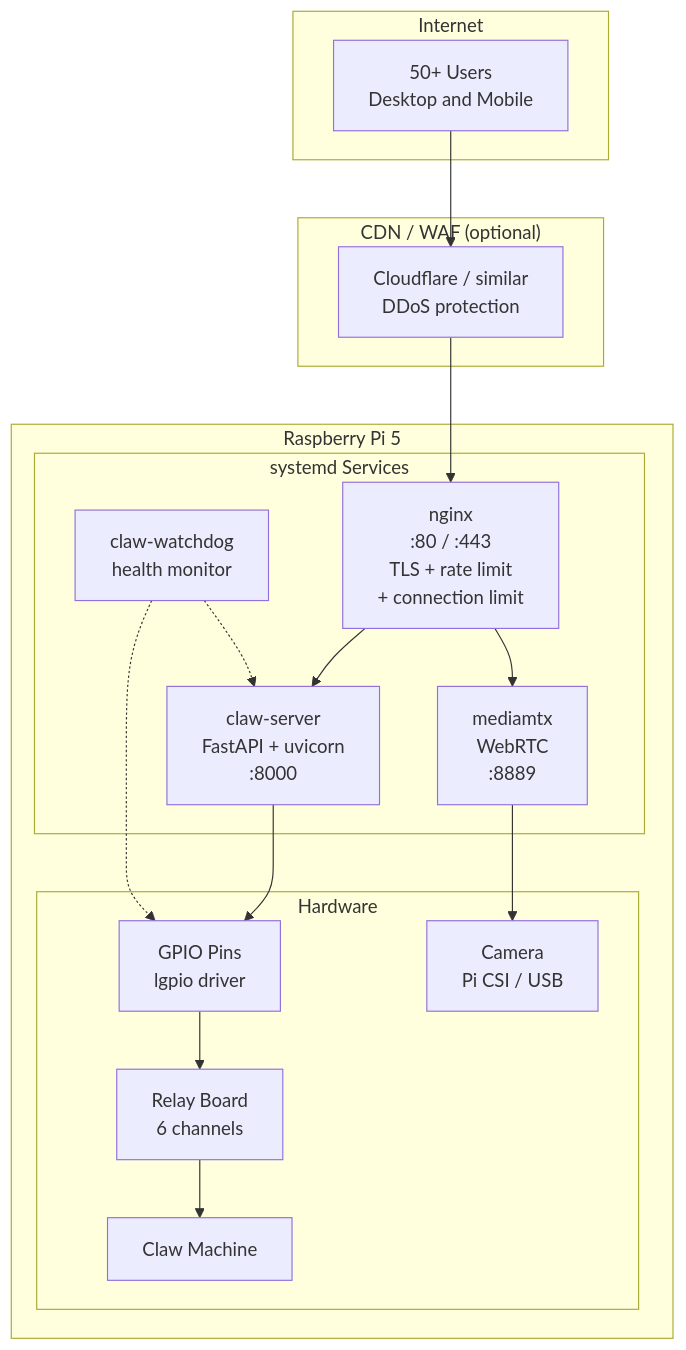
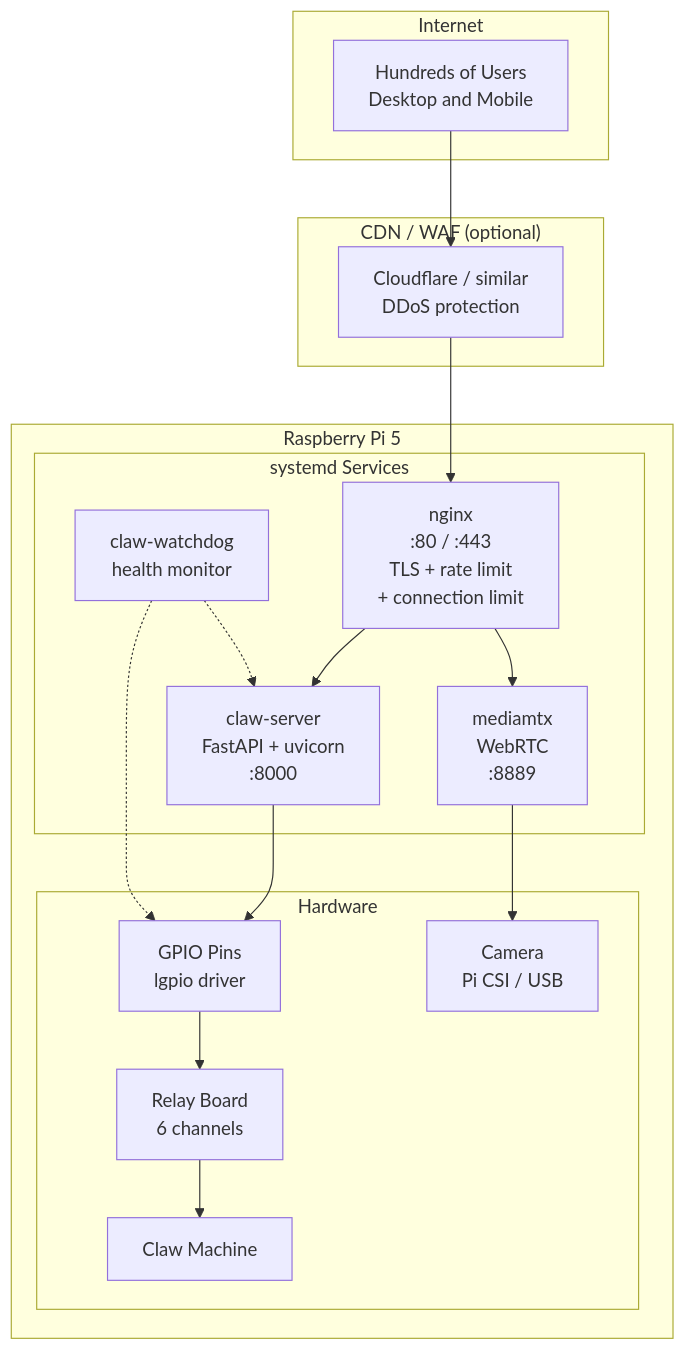
One commit to morroware/ECLAW changed diagram 11 of 12 in docs/queue-flow.md. Above: the diagram before and after it, drawn with Mermaid. The commit also changed other lines of this file, not shown here.

First line of the commit message:
docs: update scaling references from "50+" to "hundreds"

````diff
--- a/docs/queue-flow.md
+++ b/docs/queue-flow.md
@@ -834,35 +834,35 @@
 ```mermaid
 flowchart TB
     subgraph Internet
-        Users["50+ Users<br/>Desktop and Mobile"]
+        Users["Hundreds of Users<br/>Desktop and Mobile"]
     end
 
     subgraph CDN["CDN / WAF (optional)"]
         CF["Cloudflare / similar<br/>DDoS protection"]
     end
 
     subgraph Pi["Raspberry Pi 5"]
         subgraph Services["systemd Services"]
             NGX["nginx<br/>:80 / :443<br/>TLS + rate limit<br/>+ connection limit"]
             SRV["claw-server<br/>FastAPI + uvicorn<br/>:8000"]
             MTX2["mediamtx<br/>WebRTC<br/>:8889"]
             DOG["claw-watchdog<br/>health monitor"]
         end
 
         subgraph HW2["Hardware"]
             GPIO2["GPIO Pins<br/>lgpio driver"]
             CAM2["Camera<br/>Pi CSI / USB"]
             RELAY["Relay Board<br/>6 channels"]
             CLAW2["Claw Machine"]
         end
     end
 
     Users --> CF --> NGX
     NGX --> SRV
     NGX --> MTX2
     SRV --> GPIO2
     GPIO2 --> RELAY --> CLAW2
     MTX2 --> CAM2
     DOG -.-> SRV
     DOG -.-> GPIO2
 ```
````
